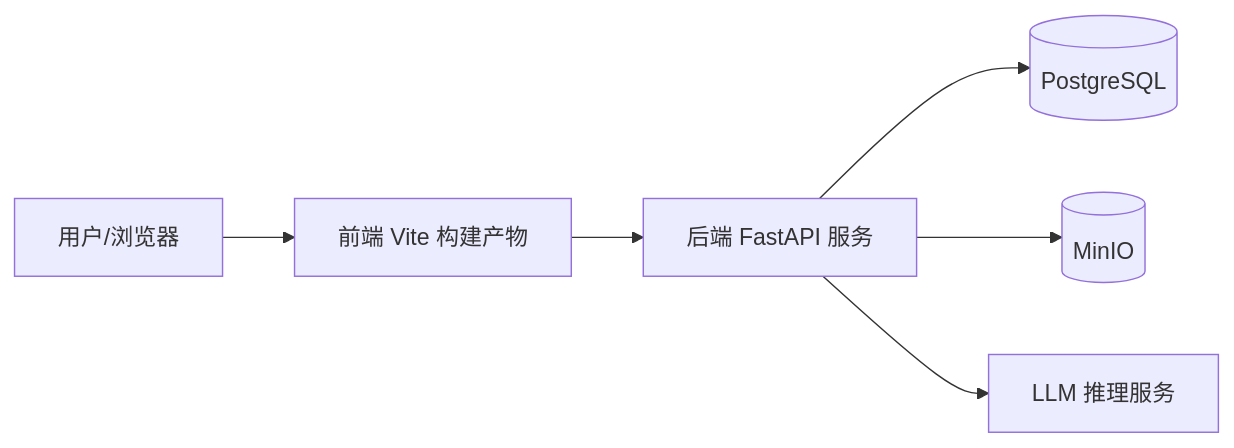
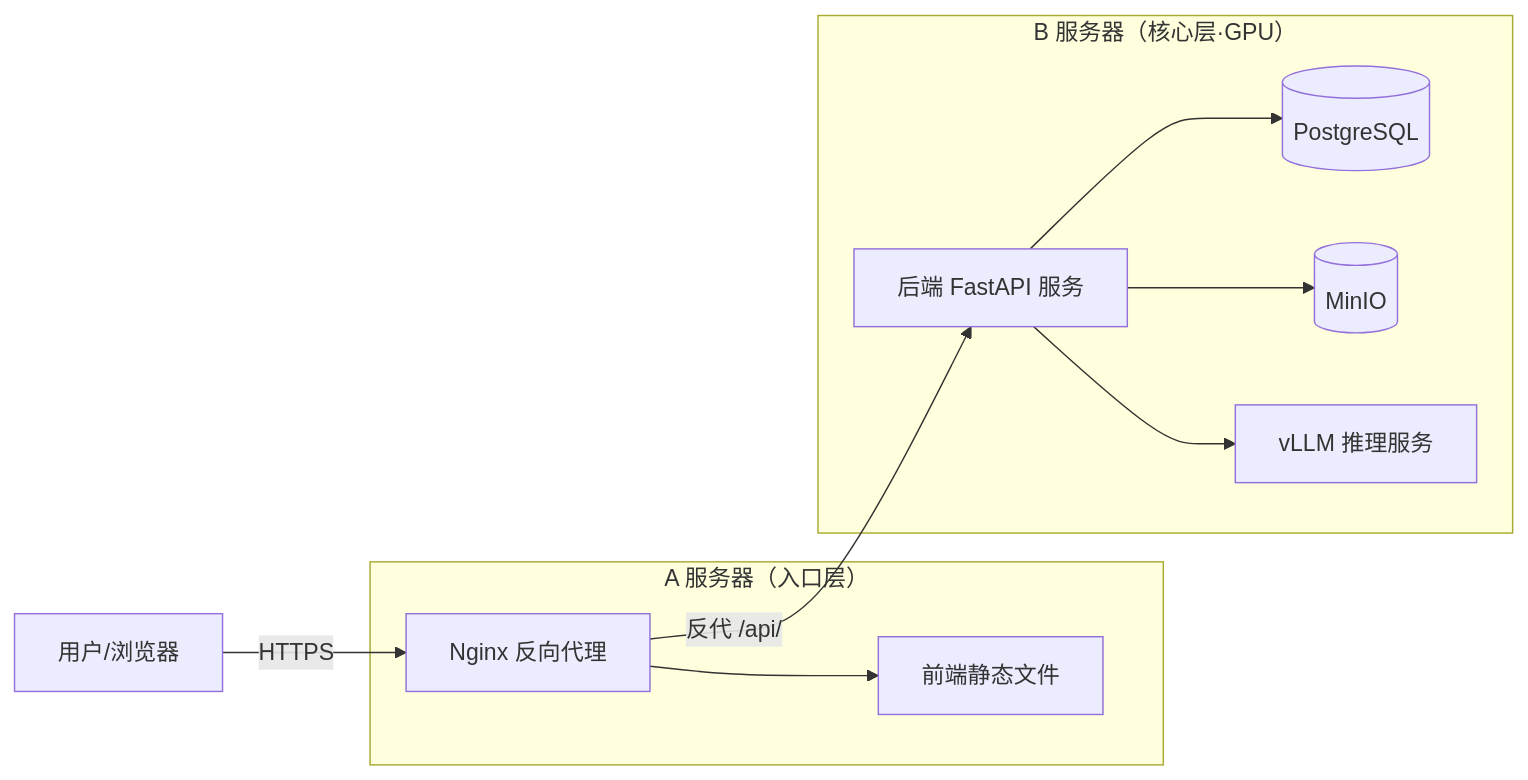
Before and after one commit to hordu-ma/clinic-sim: the third of 3 diagrams in src/docs/ARCHITECTURE.md, drawn with Mermaid. The commit also changed other lines of this file and 2 other files, not shown here.

Commit message:
feat:updated docs aligned to code

````diff
--- a/src/docs/ARCHITECTURE.md
+++ b/src/docs/ARCHITECTURE.md
@@ -135,15 +137,23 @@
 ```mermaid
 flowchart LR
   用户[用户/浏览器]
-  前端[前端 Vite 构建产物]
-  API[后端 FastAPI 服务]
-  数据库[(PostgreSQL)]
-  对象存储[(MinIO)]
-  LLM[LLM 推理服务]
 
-  用户 --> 前端
-  前端 --> API
+  subgraph A服务器["A 服务器（入口层）"]
+    Nginx[Nginx 反向代理]
+    前端[前端静态文件]
+  end
+
+  subgraph B服务器["B 服务器（核心层·GPU）"]
+    API[后端 FastAPI 服务]
+    数据库[(PostgreSQL)]
+    对象存储[(MinIO)]
+    LLM[vLLM 推理服务]
+  end
+
+  用户 -->|HTTPS| Nginx
+  Nginx --> 前端
+  Nginx -->|反代 /api/| API
   API --> 数据库
   API --> 对象存储
   API --> LLM
 ```
````
